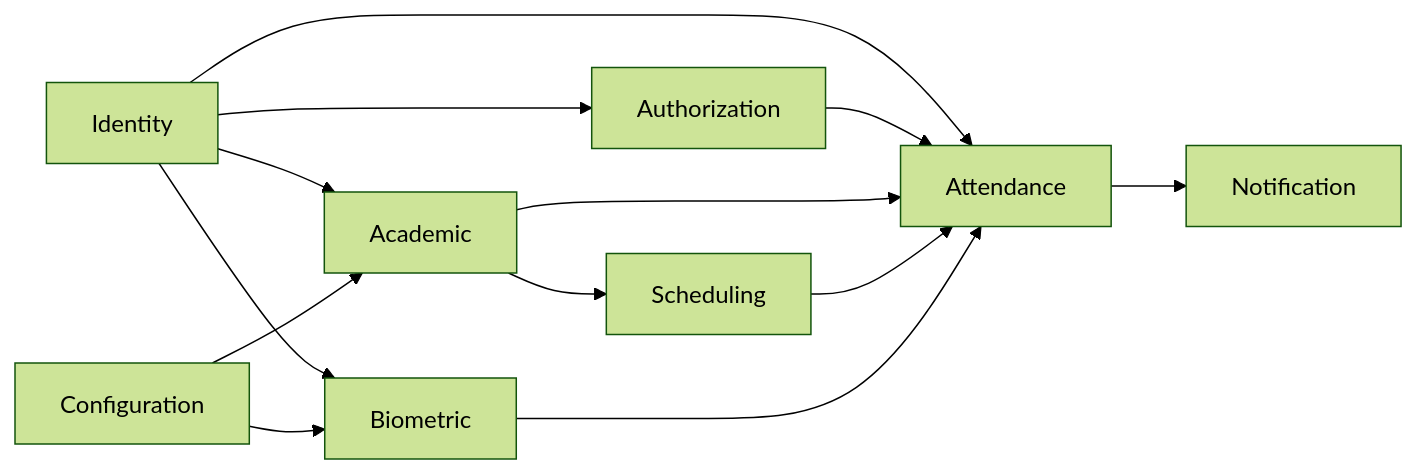
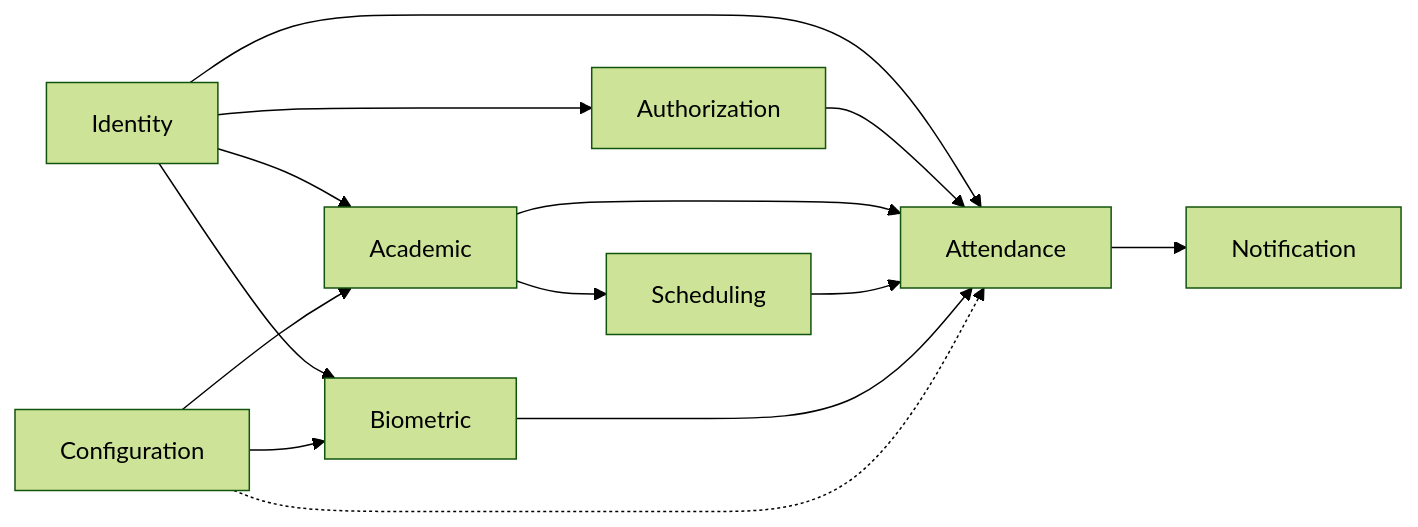
Before and after one commit to code-sena/fae-docs: the diagram in 02-domain/domain-map.md, drawn with Mermaid (forest theme). The commit also changed other lines of this file and 6 other files, not shown here.

````diff
--- a/02-domain/domain-map.md
+++ b/02-domain/domain-map.md
@@ -376,15 +378,16 @@
 ```mermaid
 graph LR
     Identity --> Authorization
     Identity --> Academic
     Identity --> Attendance
     Identity --> Biometric
     Authorization --> Attendance
     Academic --> Scheduling
     Academic --> Attendance
     Scheduling --> Attendance
     Biometric --> Attendance
     Attendance --> Notification
     Configuration --> Academic
     Configuration --> Biometric
+    Configuration -.-> Attendance
 ```
````
